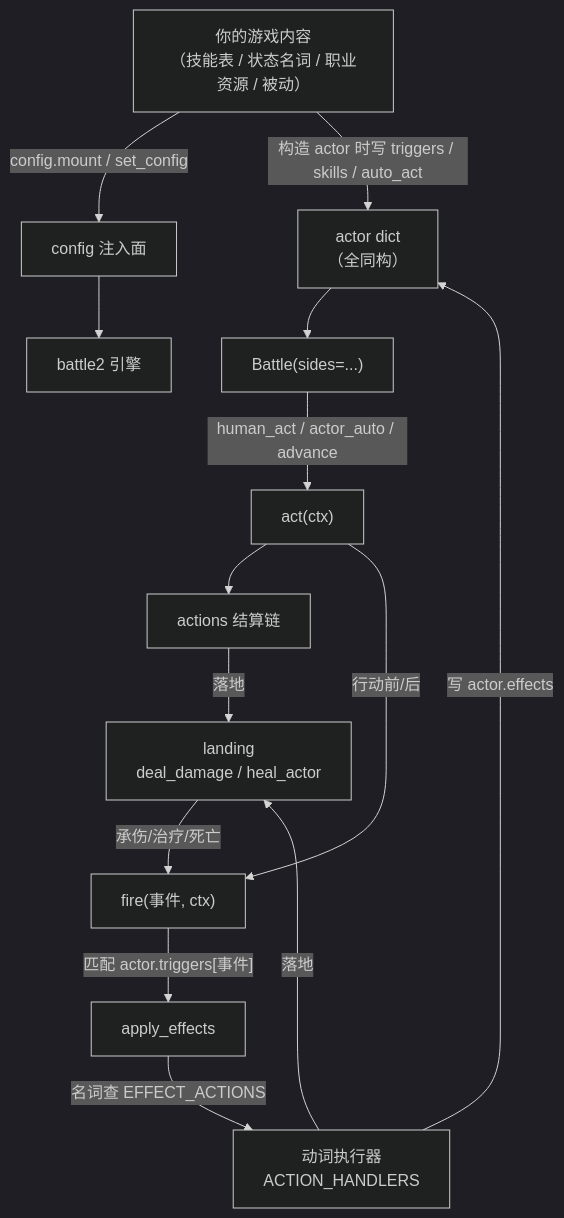
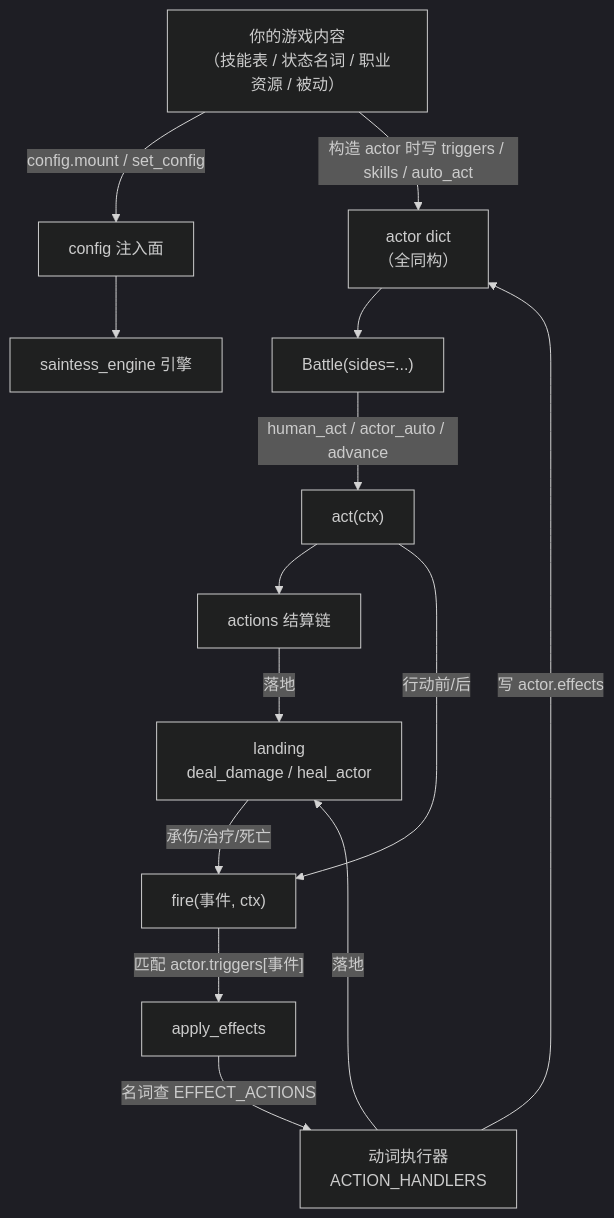
One commit to yuyuaqwq/SaintessEngine changed the diagram in docs/engine-wiki/concepts/README.md. Above: the diagram before and after it, drawn with Mermaid (dark theme). The commit also changed 58 other files, not shown here.

First line of the commit message:
refactor!: 引擎包 battle2 → saintess_engine（项目名 SaintessEngine）

````diff
--- a/docs/engine-wiki/concepts/README.md
+++ b/docs/engine-wiki/concepts/README.md
@@ -8,16 +8,16 @@
 ```mermaid
 flowchart TD
     G["你的游戏内容<br/>（技能表 / 状态名词 / 职业资源 / 被动）"] -->|"config.mount / set_config"| C["config 注入面"]
     G -->|"构造 actor 时写 triggers / skills / auto_act"| A["actor dict<br/>（全同构）"]
-    C --> E["battle2 引擎"]
+    C --> E["saintess_engine 引擎"]
     A --> B["Battle(sides=...)"]
     B -->|"human_act / actor_auto / advance"| ACT["act(ctx)"]
     ACT --> P["actions 结算链"]
     P -->|"落地"| L["landing<br/>deal_damage / heal_actor"]
     L -->|"承伤/治疗/死亡"| F["fire(事件, ctx)"]
     ACT -->|"行动前/后"| F
     F -->|"匹配 actor.triggers[事件]"| AE["apply_effects"]
     AE -->|"名词查 EFFECT_ACTIONS"| V["动词执行器<br/>ACTION_HANDLERS"]
     V -->|"写 actor.effects"| A
     V -->|"落地"| L
 ```
````
